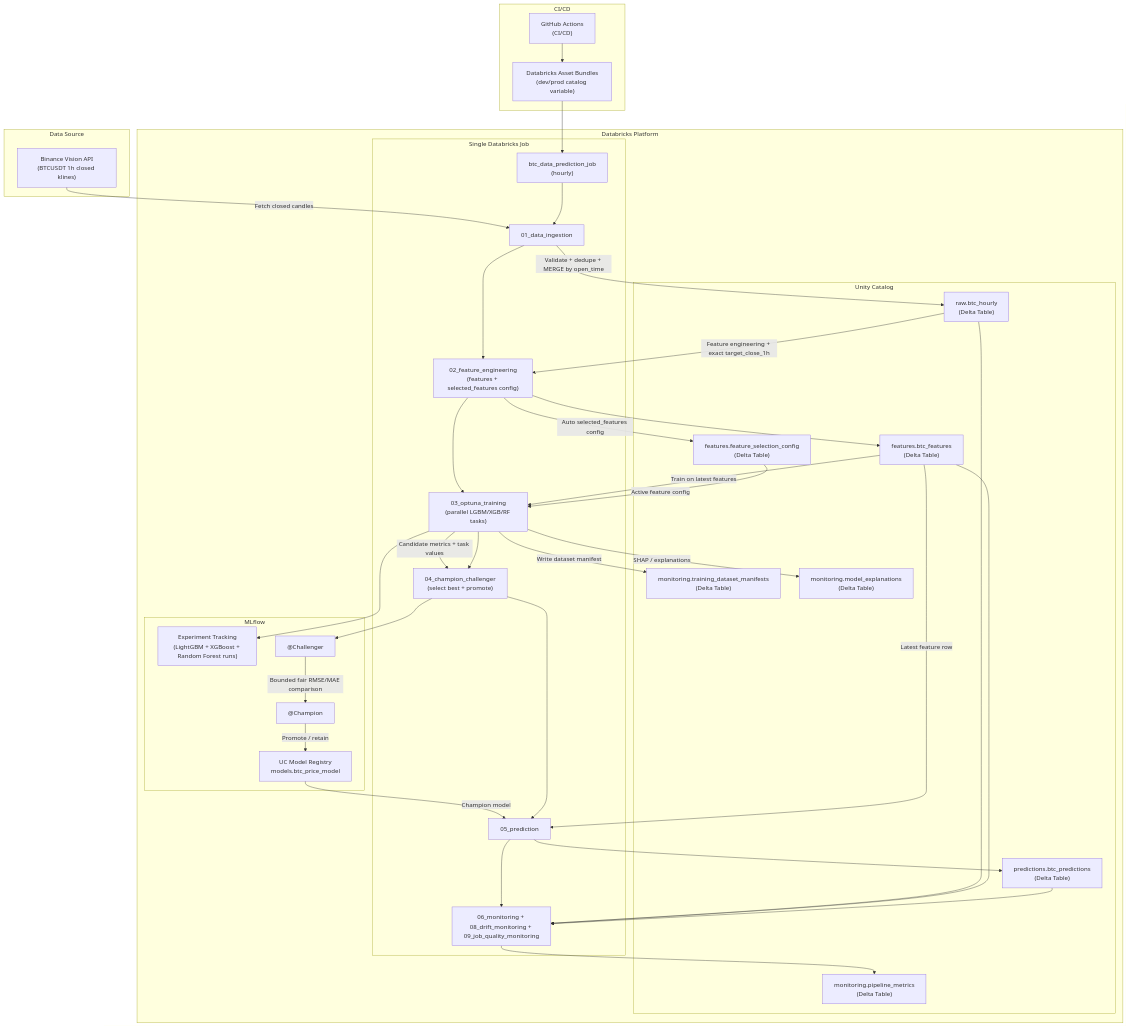
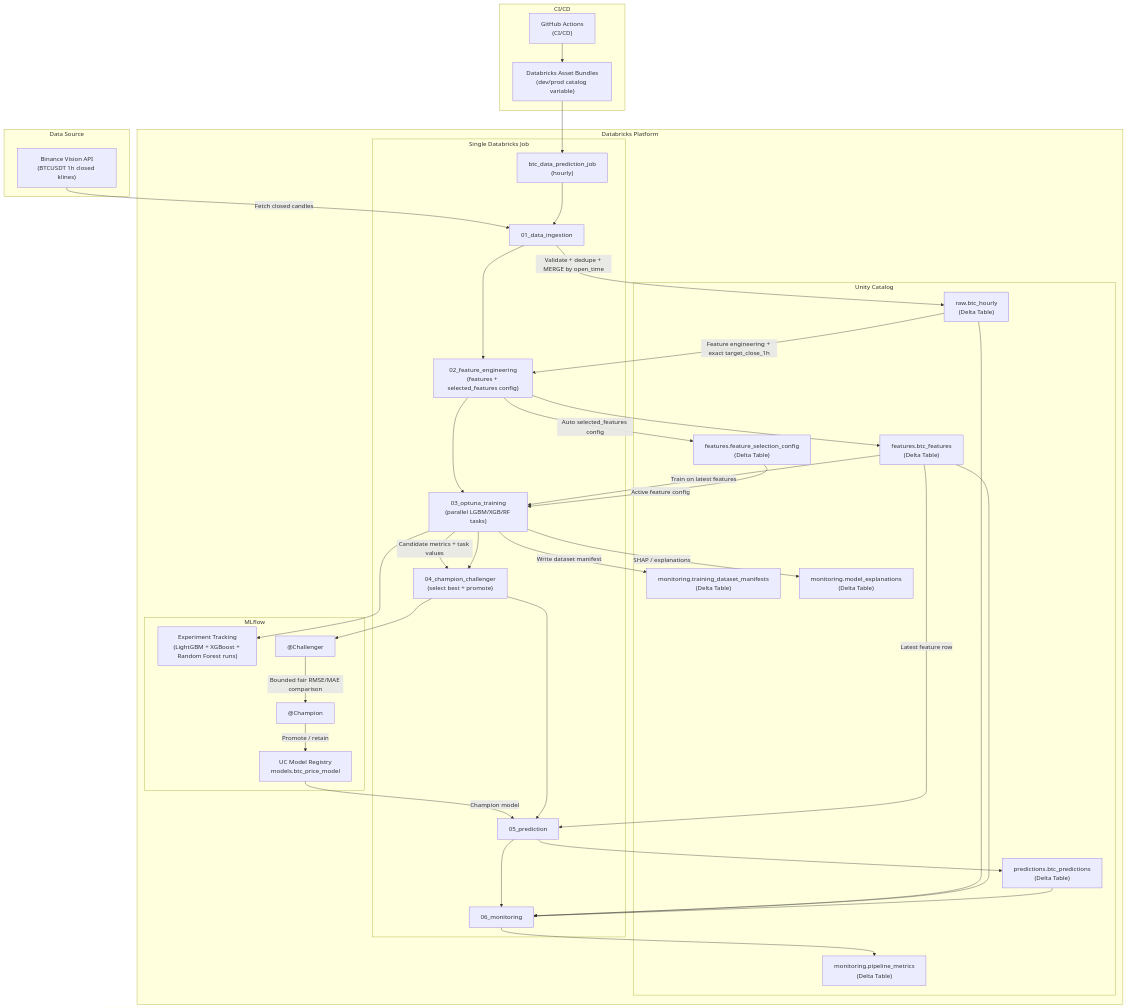
The diagram in docs/architecture.md (dunglk85/btc_mle_dbr), drawn with Mermaid before and after one commit. The commit also changed other lines of this file and 6 other files, not shown here.

````diff
--- a/docs/architecture.md
+++ b/docs/architecture.md
@@ -7,70 +7,70 @@
 ```mermaid
 graph TB
     subgraph "Data Source"
         A["Binance Vision API<br/>(BTCUSDT 1h closed klines)"]
     end
 
     subgraph "Databricks Platform"
         subgraph "Unity Catalog"
             B["raw.btc_hourly<br/>(Delta Table)"]
             C["features.btc_features<br/>(Delta Table)"]
             U["features.feature_selection_config<br/>(Delta Table)"]
             P["predictions.btc_predictions<br/>(Delta Table)"]
             Q["monitoring.pipeline_metrics<br/>(Delta Table)"]
             T["monitoring.training_dataset_manifests<br/>(Delta Table)"]
             X["monitoring.model_explanations<br/>(Delta Table)"]
         end
 
         subgraph "MLflow"
             D["Experiment Tracking<br/>(LightGBM + XGBoost + Random Forest runs)"]
             E["UC Model Registry<br/>models.btc_price_model"]
             F["@Champion"]
             G["@Challenger"]
         end
 
         subgraph "Single Databricks Job"
             K["btc_data_prediction_job<br/>(hourly)"]
             K1["01_data_ingestion"]
             K2["02_feature_engineering<br/>(features + selected_features config)"]
             K4["03_optuna_training<br/>(parallel LGBM/XGB/RF tasks)"]
             K7["04_champion_challenger<br/>(select best + promote)"]
             K8["05_prediction"]
-            K9["06_monitoring + 08_drift_monitoring + 09_job_quality_monitoring"]
+            K9["06_monitoring"]
         end
     end
 
     subgraph "CI/CD"
         M["GitHub Actions<br/>(CI/CD)"]
         N["Databricks Asset Bundles<br/>(dev/prod catalog variable)"]
     end
 
     A -->|"Fetch closed candles"| K1
     K1 -->|"Validate + dedupe + MERGE by open_time"| B
     B -->|"Feature engineering + exact target_close_1h"| K2
     K2 --> C
     K2 -->|"Auto selected_features config"| U
     C -->|"Train on latest features"| K4
     U -->|"Active feature config"| K4
     K4 --> D
     K4 -->|"Write dataset manifest"| T
     K4 -->|"SHAP / explanations"| X
     K4 -->|"Candidate metrics + task values"| K7
     K7 --> G
     G -->|"Bounded fair RMSE/MAE comparison"| F
     F -->|"Promote / retain"| E
     E -->|"Champion model"| K8
     C -->|"Latest feature row"| K8
     K8 --> P
     B --> K9
     C --> K9
     P --> K9
     K9 --> Q
     M --> N
     N --> K
     K --> K1
     K1 --> K2
     K2 --> K4
     K4 --> K7
     K7 --> K8
     K8 --> K9
 ```
````
